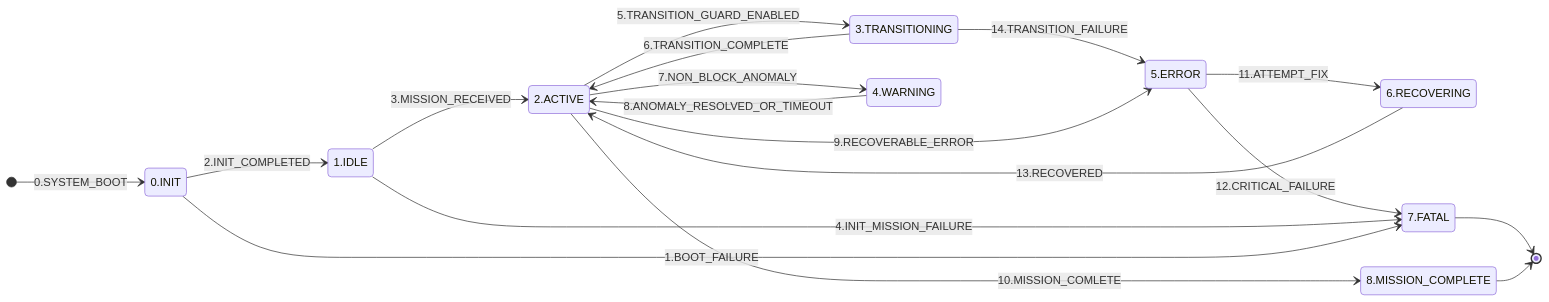
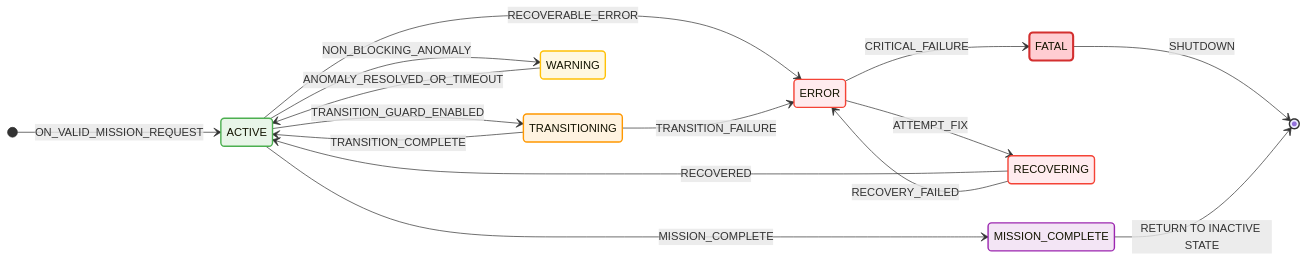
One commit to rymc-dev/hybraut_nav changed the diagram in colav_hybrid_automaton/colav_hybrid_automaton/automaton/_internal/status_manager/status_manager.fsm.mmd. Above: the diagram before and after it, drawn with Mermaid. The commit also changed 4 other files, not shown here.

```diff
--- a/colav_hybrid_automaton/colav_hybrid_automaton/automaton/_internal/status_manager/status_manager.fsm.mmd
+++ b/colav_hybrid_automaton/colav_hybrid_automaton/automaton/_internal/status_manager/status_manager.fsm.mmd
@@ -1,37 +1,52 @@
+%% Sub-DSF for internal automaton during ACTIVE mode of the top-level DSF.
+%% This DSF functions as a watchdog, continuously monitoring and managing
+%% asynchronous operations such as:
+%% - transition evaluation
+%% - dynamics evaluation
+%% - invariant enforcement
+%% and other critical processes within the automaton's execution context.
+
 stateDiagram-v2
     direction LR
 
     %% Entry point
-    [*] --> 0.INIT: 0.SYSTEM_BOOT
+    [*] --> ACTIVE: ON_VALID_MISSION_REQUEST
 
-    %% INIT to IDLE
-    0.INIT --> 1.IDLE: 2.INIT_COMPLETED
+    %% Main operational flow (horizontal)
+    ACTIVE --> TRANSITIONING: TRANSITION_GUARD_ENABLED
+    TRANSITIONING --> ACTIVE: TRANSITION_COMPLETE
+    ACTIVE --> MISSION_COMPLETE: MISSION_COMPLETE
 
-    %% IDLE to ACTIVE
-    1.IDLE --> 2.ACTIVE: 3.MISSION_RECEIVED
+    %% Error handling branch (below main flow)
+    ACTIVE --> ERROR: RECOVERABLE_ERROR
+    TRANSITIONING --> ERROR: TRANSITION_FAILURE
+    ERROR --> RECOVERING: ATTEMPT_FIX
+    ERROR --> FATAL: CRITICAL_FAILURE
+    RECOVERING --> ACTIVE: RECOVERED
+    RECOVERING --> ERROR: RECOVERY_FAILED
 
-    %% ACTIVE transitions
-    %% SHOULD BE A TRANSITION_FAILURE, TRANSITION FAILURE IS ALWAYS GOING TO CAUSE AN ERROR, WHEN THIS HAPPENS OUR FSM CAN RETRY THE PREVIOUS TRANSITION
-    %% BY MAKING A REQUEST ONE MORE TIME, IF IT FAILS AGAIN IT IS FATAL 
-    2.ACTIVE --> 3.TRANSITIONING: 5.TRANSITION_GUARD_ENABLED
-    3.TRANSITIONING --> 2.ACTIVE: 6.TRANSITION_COMPLETE
-    3.TRANSITIONING --> 5.ERROR: 14.TRANSITION_FAILURE
+    %% Warning handling branch (above main flow)
+    ACTIVE --> WARNING: NON_BLOCKING_ANOMALY
+    WARNING --> ACTIVE: ANOMALY_RESOLVED_OR_TIMEOUT
 
-    2.ACTIVE --> 4.WARNING: 7.NON_BLOCK_ANOMALY 
-    4.WARNING --> 2.ACTIVE: 8.ANOMALY_RESOLVED_OR_TIMEOUT 
+    %% Terminal state
+    FATAL --> [*]: SHUTDOWN
+    MISSION_COMPLETE --> [*]: RETURN TO INACTIVE STATE
 
-    2.ACTIVE --> 5.ERROR: 9.RECOVERABLE_ERROR
-    5.ERROR --> 6.RECOVERING: 11.ATTEMPT_FIX
-    6.RECOVERING --> 2.ACTIVE: 13.RECOVERED
-    5.ERROR --> 7.FATAL: 12.CRITICAL_FAILURE
+    %% State styling for better visualization
+    classDef inactiveState fill:#e1f5fe,stroke:#0288d1,stroke-width:2px
+    classDef activeState fill:#e8f5e8,stroke:#4caf50,stroke-width:2px
+    classDef transitionState fill:#fff3e0,stroke:#ff9800,stroke-width:2px
+    classDef warningState fill:#fff8e1,stroke:#ffc107,stroke-width:2px
+    classDef errorState fill:#ffebee,stroke:#f44336,stroke-width:2px
+    classDef fatalState fill:#ffcdd2,stroke:#d32f2f,stroke-width:3px
+    classDef completeState fill:#f3e5f5,stroke:#9c27b0,stroke-width:2px
 
-    %% FATAL terminal
-    7.FATAL --> [*]
-
-    %% Goal complete
-    2.ACTIVE --> 8.MISSION_COMPLETE: 10.MISSION_COMLETE
-    8.MISSION_COMPLETE --> [*]
-
-    %% Other entries
-    1.IDLE --> 7.FATAL: 4.INIT_MISSION_FAILURE
-    0.INIT --> 7.FATAL: 1.BOOT_FAILURE
+    class INACTIVE inactiveState
+    class ACTIVE activeState
+    class TRANSITIONING transitionState
+    class WARNING warningState
+    class ERROR errorState
+    class RECOVERING errorState
+    class FATAL fatalState
+    class MISSION_COMPLETE completeState
```
